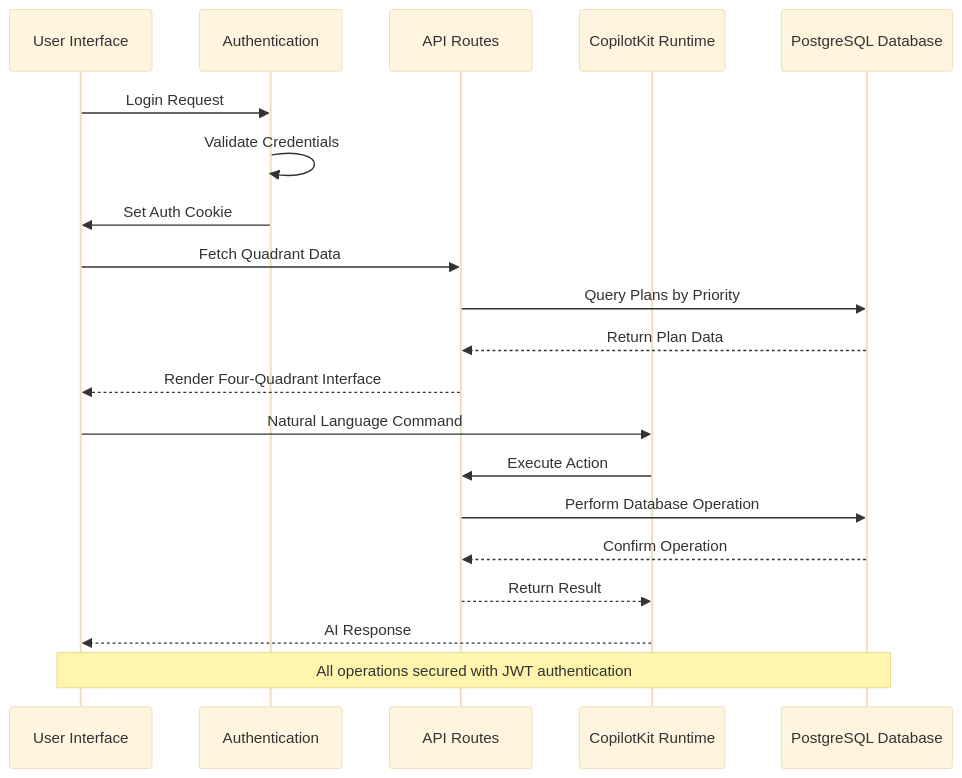
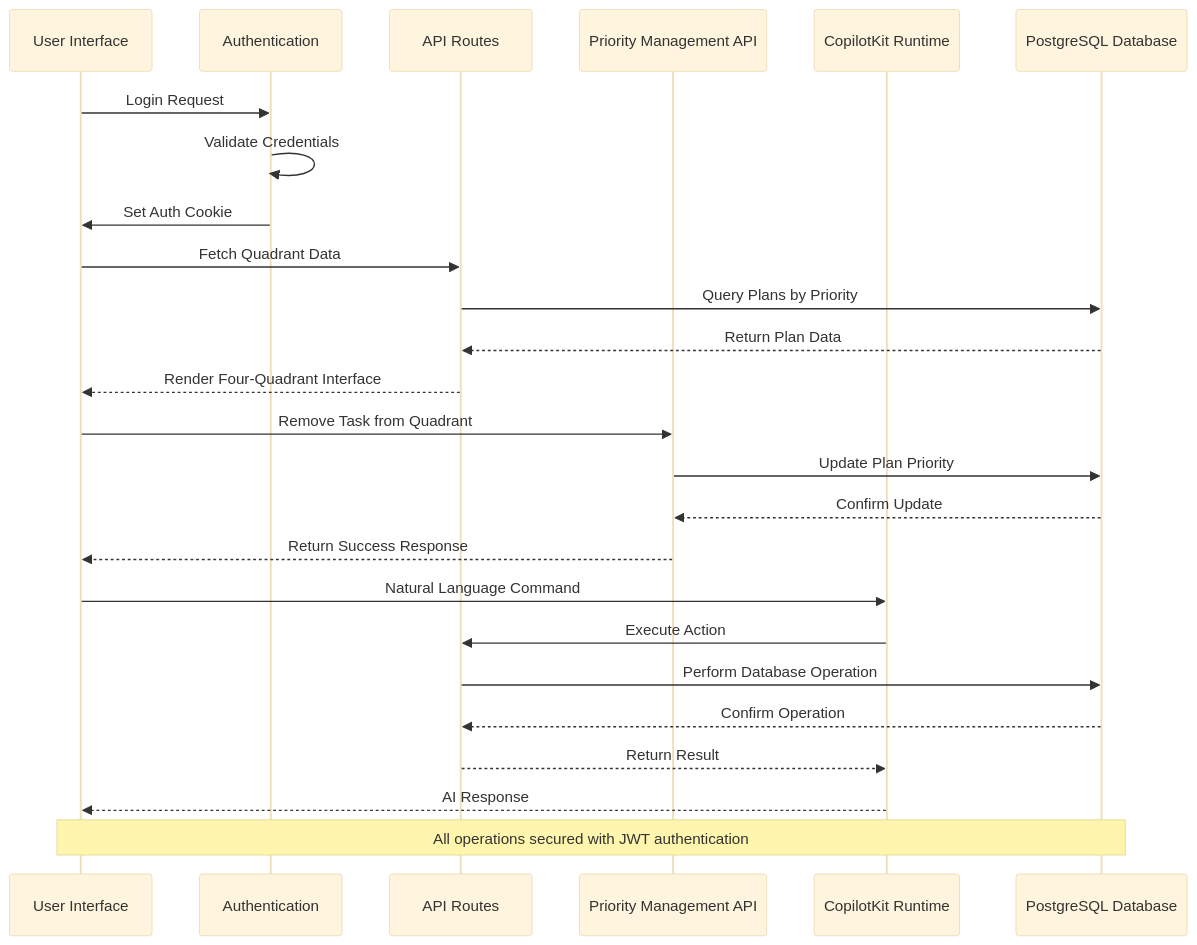
The second of 7 diagrams in .qoder/repowiki/en/content/Feature Modules/Quadrant Task Management System.md (peixuanhu/goal-mate), drawn with Mermaid (base theme) before and after one commit. The commit also changed other lines of this file and 3 other files, not shown here.

````diff
--- a/.qoder/repowiki/en/content/Feature Modules/Quadrant Task Management System.md
+++ b/.qoder/repowiki/en/content/Feature Modules/Quadrant Task Management System.md
@@ -140,22 +166,27 @@
 ```mermaid
 sequenceDiagram
 participant User as User Interface
 participant Auth as Authentication
 participant API as API Routes
+participant PriorityAPI as Priority Management API
 participant AI as CopilotKit Runtime
 participant DB as PostgreSQL Database
 User->>Auth : Login Request
 Auth->>Auth : Validate Credentials
 Auth->>User : Set Auth Cookie
 User->>API : Fetch Quadrant Data
 API->>DB : Query Plans by Priority
 DB-->>API : Return Plan Data
 API-->>User : Render Four-Quadrant Interface
+User->>PriorityAPI : Remove Task from Quadrant
+PriorityAPI->>DB : Update Plan Priority
+DB-->>PriorityAPI : Confirm Update
+PriorityAPI-->>User : Return Success Response
 User->>AI : Natural Language Command
 AI->>API : Execute Action
 API->>DB : Perform Database Operation
 DB-->>API : Confirm Operation
 API-->>AI : Return Result
 AI-->>User : AI Response
 Note over User,DB : All operations secured with JWT authentication
 ```
````
